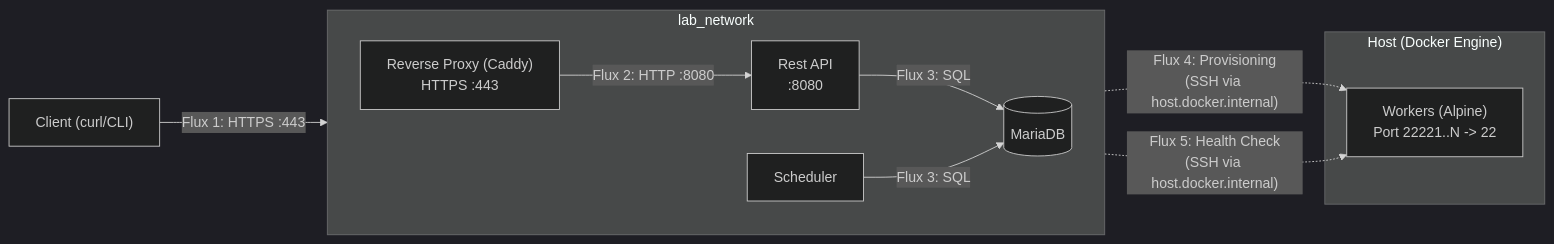
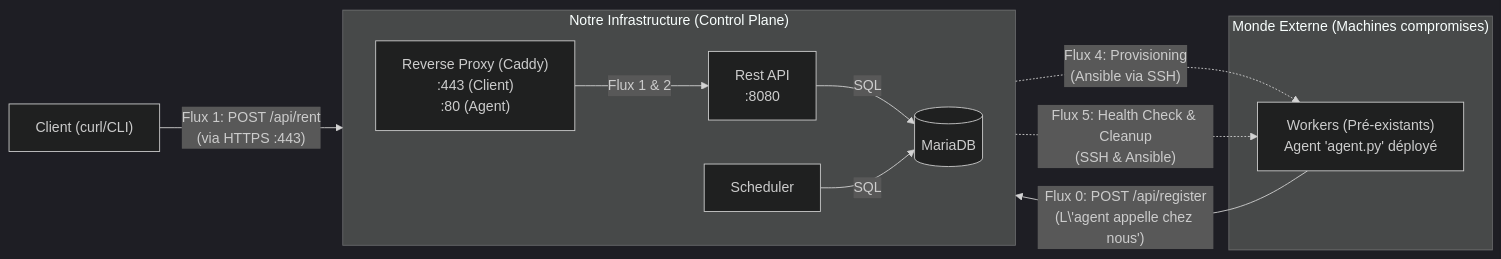
The diagram in specifications.md (TedBarbier/projet_deploiement), drawn with Mermaid (dark theme) before and after one commit. The commit also changed other lines of this file and 17 other files, not shown here.

````diff
--- a/specifications.md
+++ b/specifications.md
@@ -40,30 +38,37 @@
 ```mermaid
 flowchart LR
-    %% Entités Hors Réseau
+    %% Acteurs Externes
     Client["Client (curl/CLI)"]
 
-    %% Subgraph pour l'Hôte Docker (Data Plane)
-    subgraph HOTE ["Host (Docker Engine)"]
-        Workers["Workers (Alpine)<br/>Port 22221..N -> 22"]
+    %% Subgraph pour le "Monde Externe" (Data Plane)
+    subgraph HOTE ["Monde Externe (Machines compromises)"]
+        Workers["Workers (Pré-existants)<br/>Agent 'agent.py' déployé"]
     end
 
-    %% Subgraph pour le Réseau de Contrôle (Control Plane)
-    subgraph LAB ["lab_network"]
+    %% Subgraph pour Notre Infrastructure (Control Plane)
+    subgraph LAB ["Notre Infrastructure (Control Plane)"]
         direction LR
-        RP["Reverse Proxy (Caddy)<br/>HTTPS :443"]
+        RP["Reverse Proxy (Caddy)<br/>:443 (Client)<br/>:80 (Agent)"]
         API["Rest API <br/>:8080"]
         SCHED["Scheduler"]
         DB[(MariaDB)]
 
-        RP -->|Flux 2: HTTP :8080| API
-        API -->|Flux 3: SQL| DB
-        SCHED -->|Flux 3: SQL| DB
+        RP -- "Flux 1 & 2" --> API
+        API -->|SQL| DB
+        SCHED -->|SQL| DB
     end
 
-    %% Connexions Externes vers Internes
-    Client -->|Flux 1: HTTPS :443| RP
+    %% -- FLUX --
+    
+    %% Flux 0: Enregistrement (Auto-découverte par l'agent)
+    Workers -- "Flux 0: POST /api/register<br/>(L\'agent appelle chez nous')" --> RP
 
-    %% Connexions du Control Plane vers le Data Plane (SSH)
-    API -.->|"Flux 4: Provisioning<br/>(SSH via host.docker.internal)"| Workers
-    SCHED -.->|"Flux 5: Health Check<br/>(SSH via host.docker.internal)"| Workers
+    %% Flux 1: Location Client
+    Client -->|"Flux 1: POST /api/rent<br/>(via HTTPS :443)"| RP
+
+    %% Flux 4: Provisioning (Notre action de gestion)
+    API -.->|"Flux 4: Provisioning<br/>(Ansible via SSH)"| Workers
+    
+    %% Flux 5: QoS (Notre action de gestion)
+    SCHED -.->|"Flux 5: Health Check & Cleanup<br/>(SSH & Ansible)"| Workers
 ```
````
